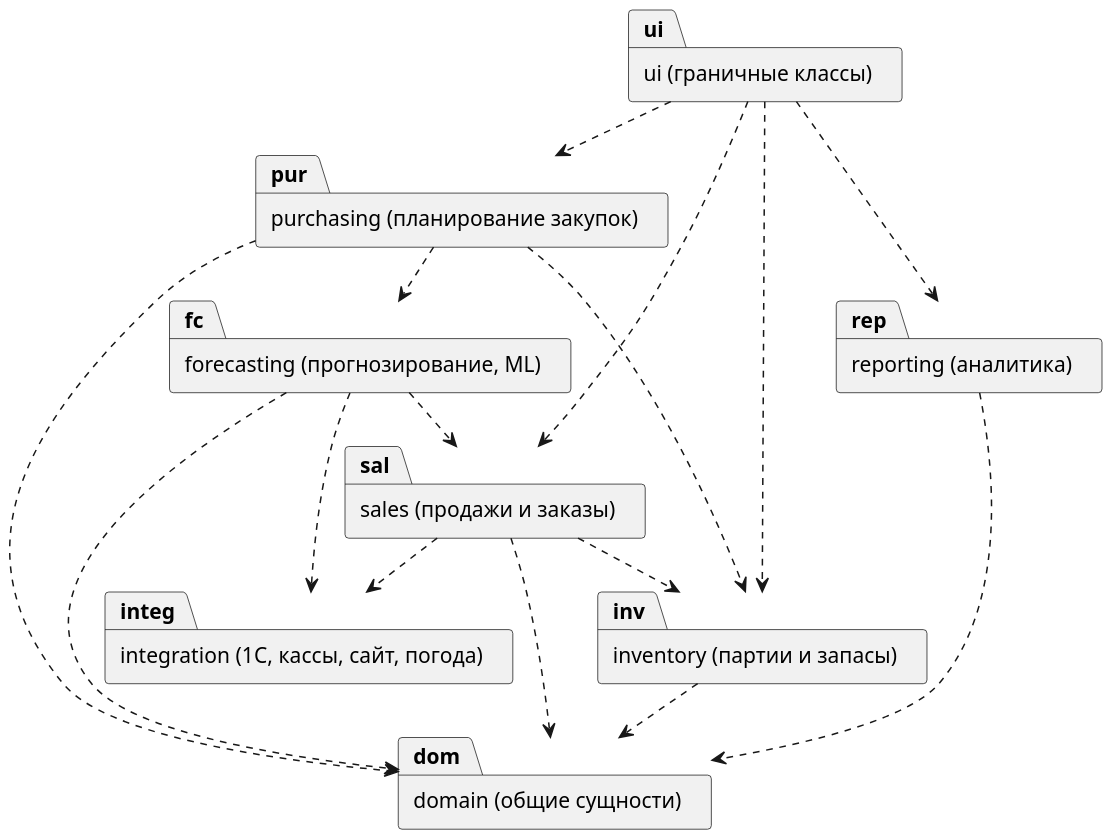
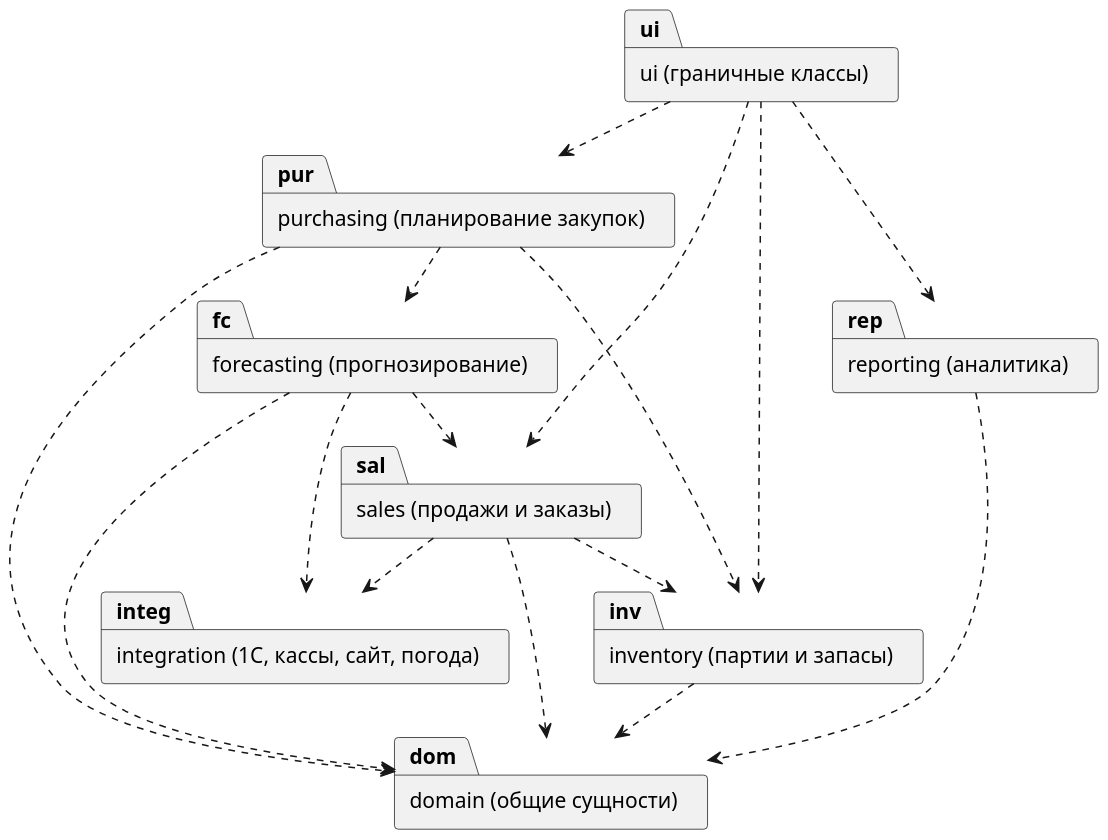
One commit to DarkSwordman999/flower-demand-planning changed the diagram in diagrams/uml_packages.puml. Above: the diagram before and after it, drawn with PlantUML. The commit also changed 8 other files, not shown here.

```diff
--- a/diagrams/uml_packages.puml
+++ b/diagrams/uml_packages.puml
@@ -1,30 +1,30 @@
 @startuml
 !pragma layout smetana
 skinparam dpi 150
 skinparam defaultFontName Arial
 skinparam shadowing false
 skinparam monochrome true
 package "ui (граничные классы)" as ui
 package "purchasing (планирование закупок)" as pur
 package "inventory (партии и запасы)" as inv
 package "sales (продажи и заказы)" as sal
-package "forecasting (прогнозирование, ML)" as fc
+package "forecasting (прогнозирование)" as fc
 package "integration (1С, кассы, сайт, погода)" as integ
 package "reporting (аналитика)" as rep
 package "domain (общие сущности)" as dom
 ui ..> pur
 ui ..> inv
 ui ..> sal
 ui ..> rep
 pur ..> fc
 pur ..> inv
 sal ..> inv
 fc ..> sal
 sal ..> integ
 fc ..> integ
 pur ..> dom
 inv ..> dom
 sal ..> dom
 fc ..> dom
 rep ..> dom
 @enduml
```
